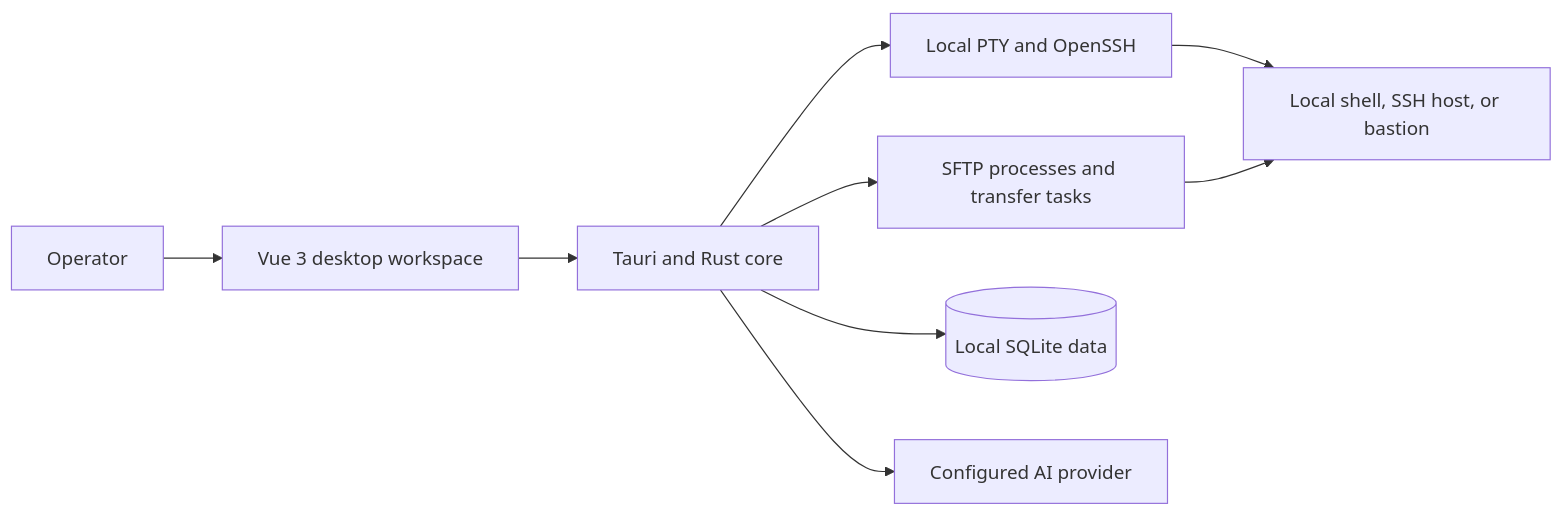
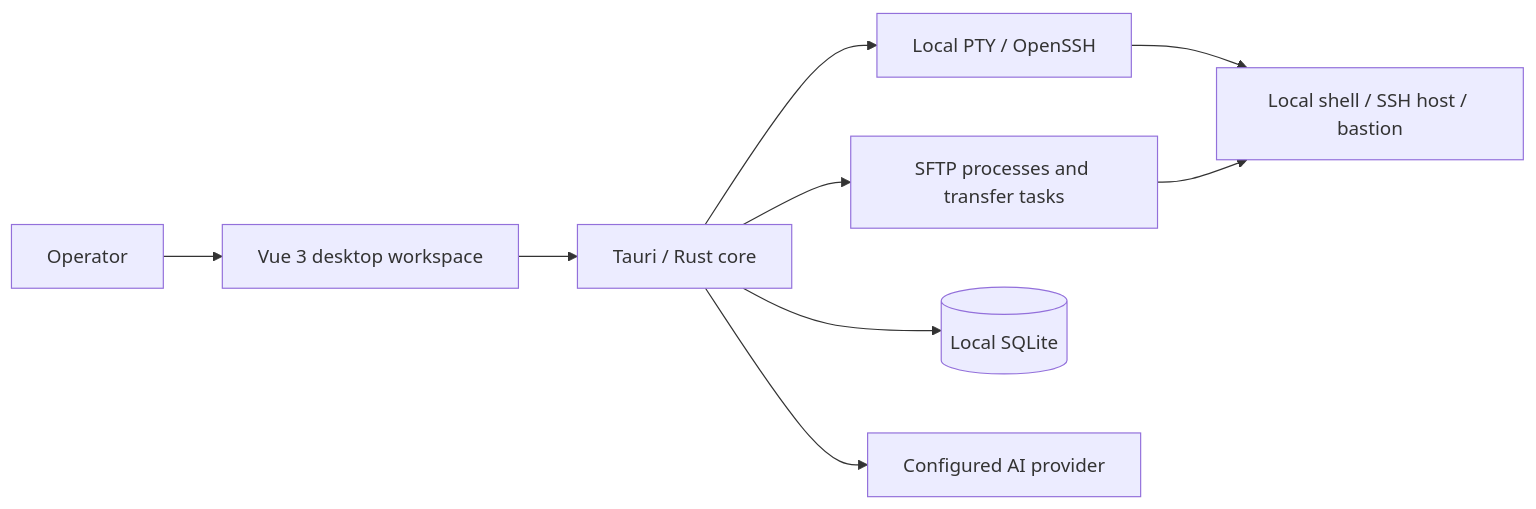
The diagram in README.md (tf1997/ai-term), drawn with Mermaid before and after one commit. The commit also changed other lines of this file and 5 other files, not shown here.

````diff
--- a/README.md
+++ b/README.md
@@ -93,11 +97,11 @@
 ```mermaid
 flowchart LR
     Operator[Operator] --> UI[Vue 3 desktop workspace]
-    UI --> Core[Tauri and Rust core]
-    Core --> PTY[Local PTY and OpenSSH]
+    UI --> Core[Tauri / Rust core]
+    Core --> PTY[Local PTY / OpenSSH]
     Core --> SFTP[SFTP processes and transfer tasks]
-    Core --> DB[(Local SQLite data)]
+    Core --> DB[(Local SQLite)]
     Core --> AI[Configured AI provider]
-    PTY --> Hosts[Local shell, SSH host, or bastion]
+    PTY --> Hosts[Local shell / SSH host / bastion]
     SFTP --> Hosts
 ```
````
